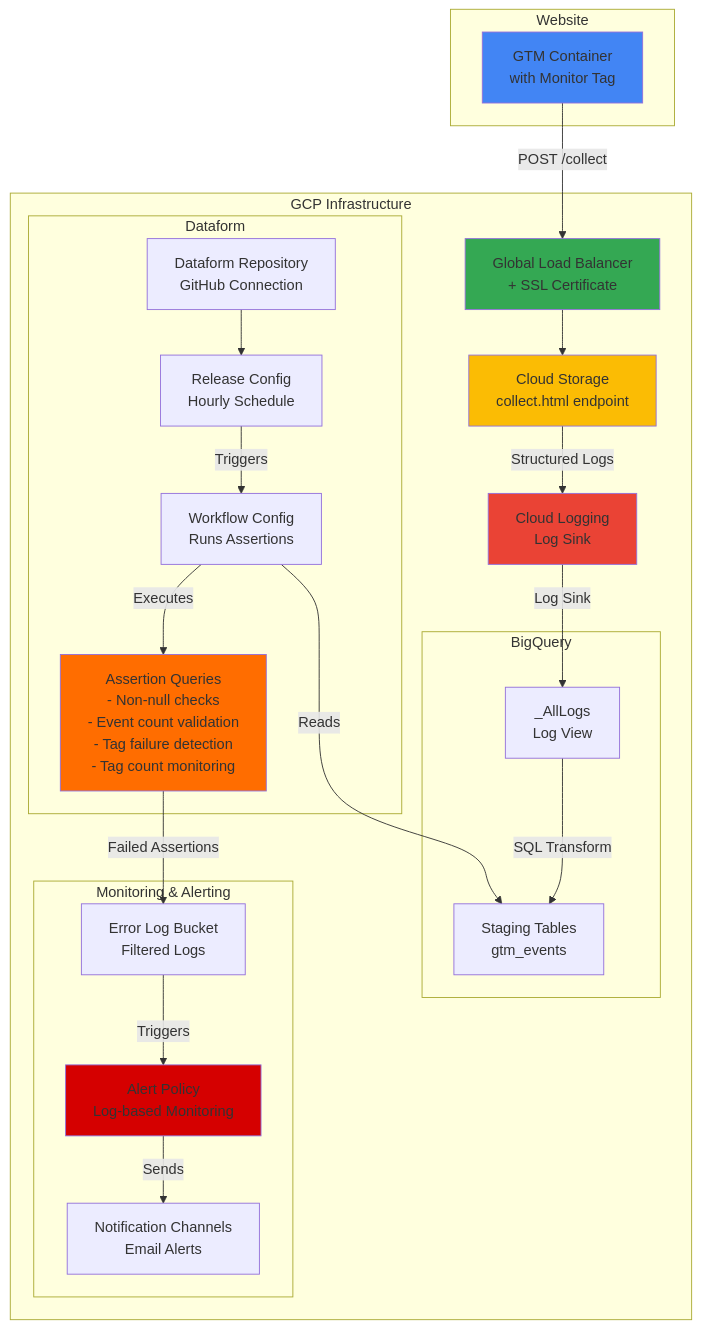
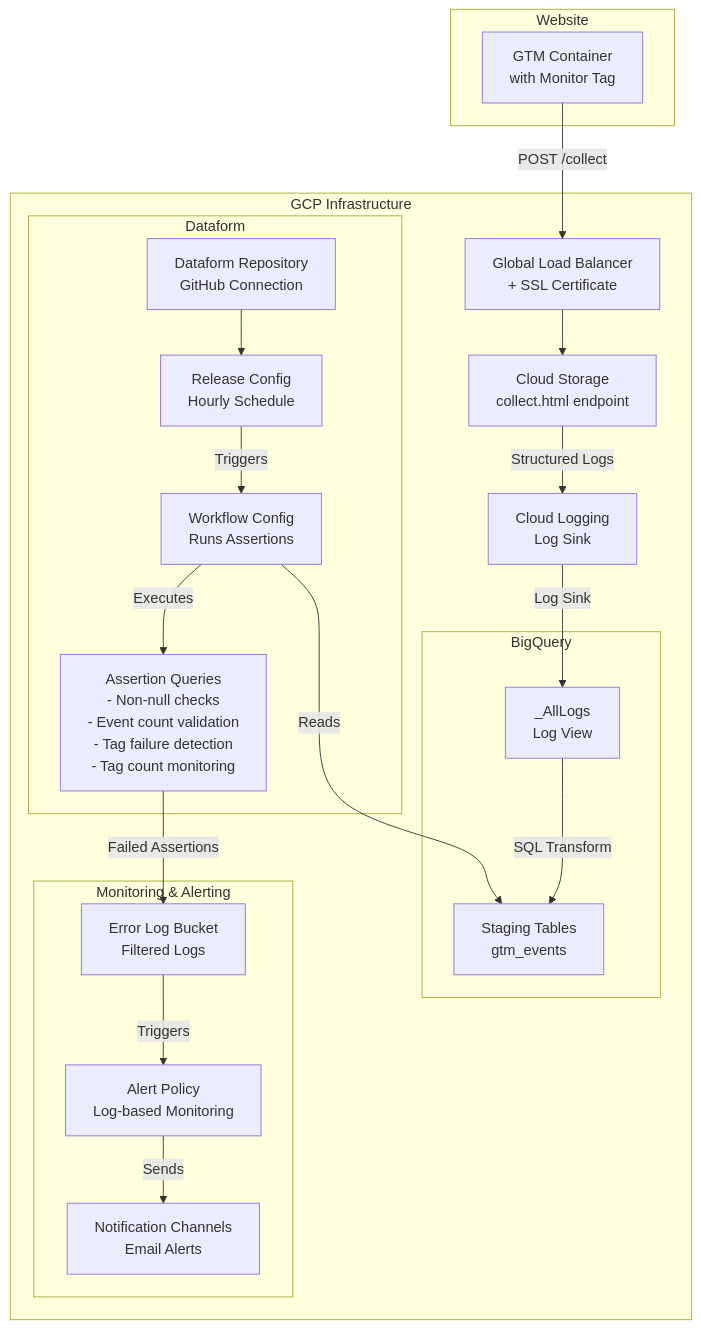
Before and after one commit to netzstrategen/gtm-monitoring-gcp: the diagram in README_DRAFT.md, drawn with Mermaid. The commit also changed other lines of this file and 1 other file, not shown here.

````diff
--- a/README_DRAFT.md
+++ b/README_DRAFT.md
@@ -11,52 +11,45 @@
 ```mermaid
 graph TB
     subgraph "Website"
         GTM[GTM Container<br/>with Monitor Tag]
     end
     
     subgraph "GCP Infrastructure"
         LB[Global Load Balancer<br/>+ SSL Certificate]
         GCS[Cloud Storage<br/>collect.html endpoint]
         Logs[Cloud Logging<br/>Log Sink]
         
         subgraph "BigQuery"
             LogView[_AllLogs<br/>Log View]
             Staging[Staging Tables<br/>gtm_events]
         end
         
         subgraph "Dataform"
             DF_Repo[Dataform Repository<br/>GitHub Connection]
             DF_Release[Release Config<br/>Hourly Schedule]
             DF_Workflow[Workflow Config<br/>Runs Assertions]
             DF_Assert[Assertion Queries<br/>- Non-null checks<br/>- Event count validation<br/>- Tag failure detection<br/>- Tag count monitoring]
         end
         
         subgraph "Monitoring & Alerting"
             ErrorBucket[Error Log Bucket<br/>Filtered Logs]
             AlertPolicy[Alert Policy<br/>Log-based Monitoring]
             NotifChannel[Notification Channels<br/>Email Alerts]
         end
     end
     
     GTM -->|POST /collect| LB
     LB --> GCS
     GCS -->|Structured Logs| Logs
     Logs -->|Log Sink| LogView
     LogView -->|SQL Transform| Staging
     
     DF_Repo --> DF_Release
     DF_Release -->|Triggers| DF_Workflow
     DF_Workflow -->|Reads| Staging
     DF_Workflow -->|Executes| DF_Assert
     
     DF_Assert -->|Failed Assertions| ErrorBucket
     ErrorBucket -->|Triggers| AlertPolicy
     AlertPolicy -->|Sends| NotifChannel
-    
-    style GTM fill:#4285f4
-    style LB fill:#34a853
-    style GCS fill:#fbbc04
-    style Logs fill:#ea4335
-    style DF_Assert fill:#ff6d00
-    style AlertPolicy fill:#d50000
 ```
````
